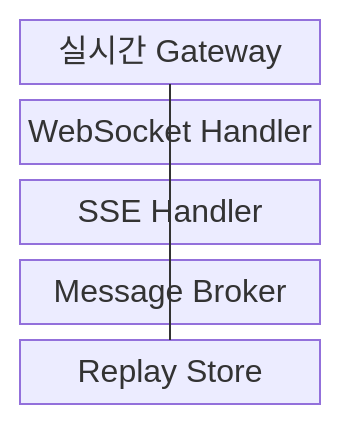
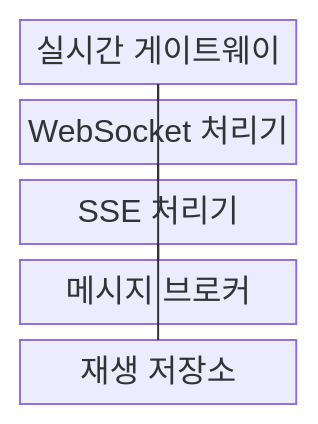
Before and after one commit to agnusdei1207/knowledge-base: the first of 2 diagrams in src/content/docs/notes/03-software/178_websocket_sse.md, drawn with Mermaid. The commit also changed other lines of this file and 20 other files, not shown here.

````diff
--- a/src/content/docs/notes/03-software/178_websocket_sse.md
+++ b/src/content/docs/notes/03-software/178_websocket_sse.md
@@ -54,14 +57,14 @@
 ```mermaid
-block-beta
+block
     columns 1
-    A["실시간 Gateway"]
-    B["WebSocket Handler"]
-    C["SSE Handler"]
-    D["Message Broker"]
-    E["Replay Store"]
+    A["실시간 게이트웨이"]
+    B["WebSocket 처리기"]
+    C["SSE 처리기"]
+    D["메시지 브로커"]
+    E["재생 저장소"]
     A --- B
     A --- C
     B --- D
     C --- D
     C --- E
 ```
````
